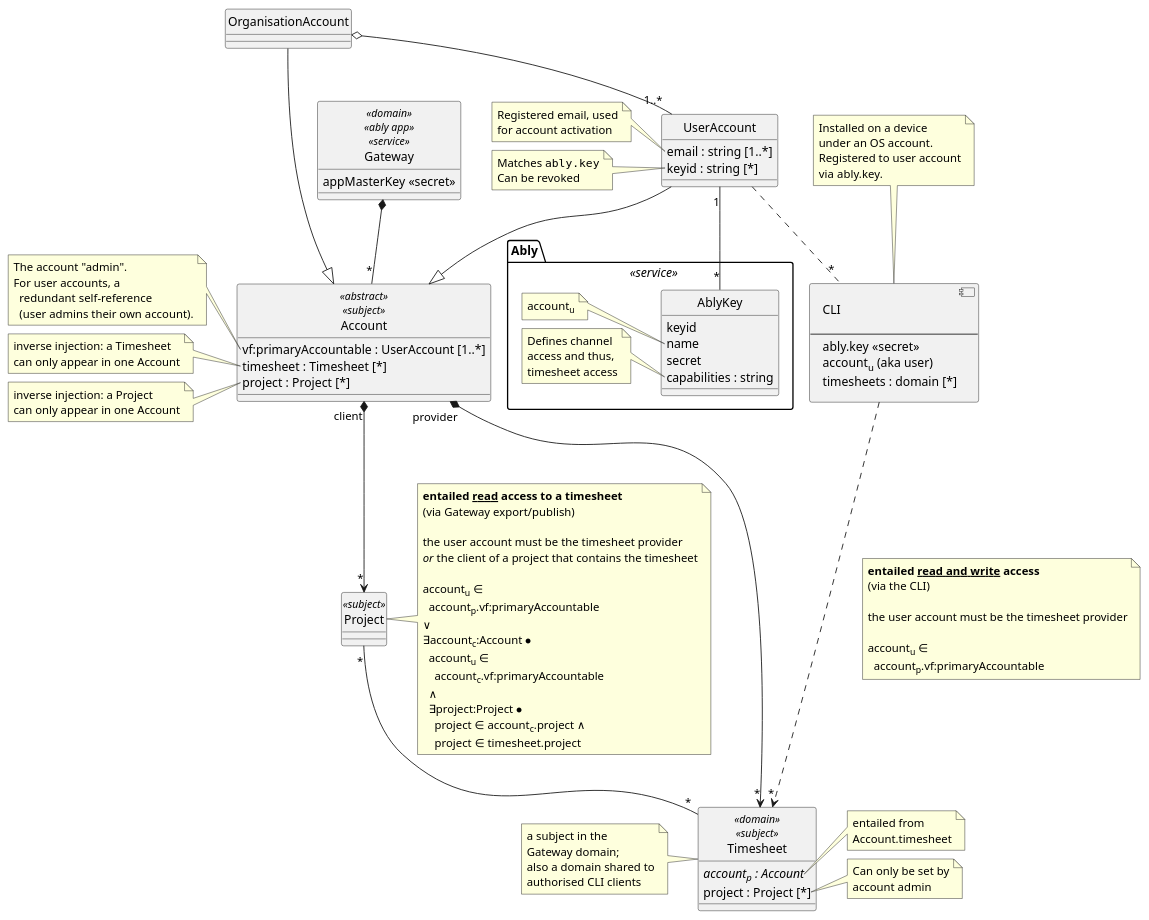
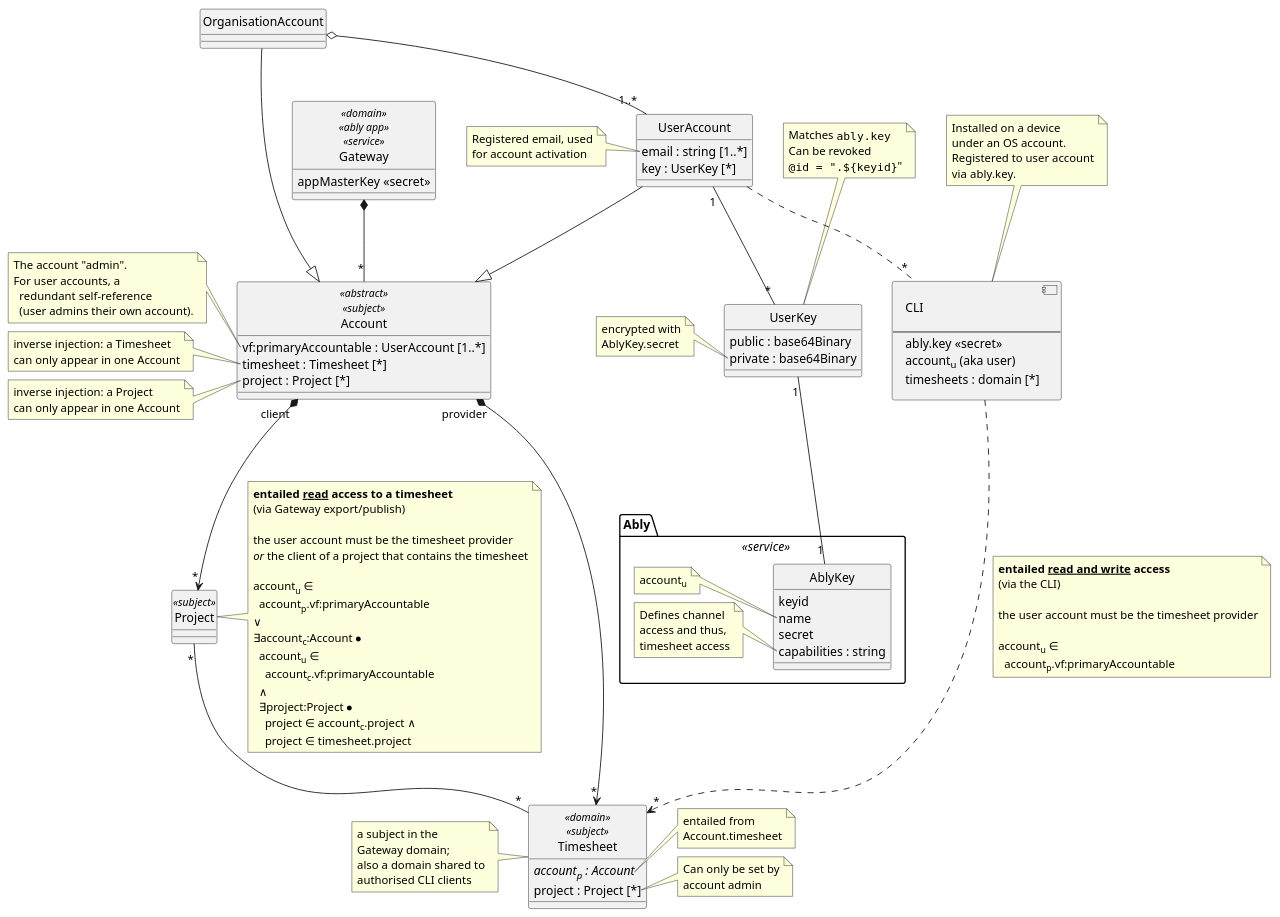
The diagram in architecture/security/accounts.class.puml (m-ld/timeld), drawn with PlantUML before and after one commit. The commit also changed 22 other files, not shown here.

Commit message:
m-ld/m-ld-security-spec#3: Added public/private key pair for all users/devices and gateway, plus signing (WIP)

```diff
--- a/architecture/security/accounts.class.puml
+++ b/architecture/security/accounts.class.puml
@@ -1,145 +1,157 @@
 @startuml
 'https://plantuml.com/class-diagram
 
 hide circle
 allowmixing
 
 class Gateway <<domain>> <<ably app>> <<service>> {
   appMasterKey <<secret>>
 }
 
 Gateway *-- "*" Account
 
 class Account <<abstract>> <<subject>> {
   vf:primaryAccountable : UserAccount [1..*]
   timesheet : Timesheet [*]
   project : Project [*]
 }
 note left of Account::vf:primaryAccountable
   The account "admin".
   For user accounts, a
     redundant self-reference
     (user admins their own account).
 end note
 note left of Account::timesheet
   inverse injection: a Timesheet
   can only appear in one Account
 end note
 note left of Account::project
   inverse injection: a Project
   can only appear in one Account
 end note
 
 Account "provider" *--> "*" Timesheet
 
 Account "client" *--> "*" Project
 
 class UserAccount {
   email : string [1..*]
-  keyid : string [*]
+  key : UserKey [*]
 }
 note left of UserAccount::email
   Registered email, used
   for account activation
-end note
-note left of UserAccount::keyid
-  Matches ""ably.key""
-  Can be revoked
 end note
 UserAccount --|> Account
 
 class OrganisationAccount {
 }
 OrganisationAccount --|> Account
 OrganisationAccount o-- "1..*" UserAccount
 
 class Timesheet <<domain>> <<subject>> {
   //account<sub>p</sub> : Account//
   project : Project [*]
 }
 note left of Timesheet
   a subject in the
   Gateway domain;
   also a domain shared to
   authorised CLI clients
 end note
 note right of Timesheet::account
   entailed from
   Account.timesheet
 end note
 note right of Timesheet::project
   Can only be set by
   account admin
 end note
 
 class Project <<subject>> {
 }
 note right of Project
   **entailed __read__ access to a timesheet**
   (via Gateway export/publish)
 
   the user account must be the timesheet provider
   //or// the client of a project that contains the timesheet
 
   account<sub>u</sub> ∈
     account<sub>p</sub>.vf:primaryAccountable
   ∨
   ∃account<sub>c</sub>:Account ⦁
     account<sub>u</sub> ∈
       account<sub>c</sub>.vf:primaryAccountable
     ∧
     ∃project:Project ⦁
       project ∈ account<sub>c</sub>.project ∧
       project ∈ timesheet.project
 end note
 
 Project "*" -- "*" Timesheet
 
 component CLI [
   CLI
 
   ---
   ably.key <<secret>>
   account<sub>u</sub> (aka user)
   timesheets : domain [*]
 ]
 note top of CLI
   Installed on a device
   under an OS account.
   Registered to user account
   via ably.key.
 end note
 
 UserAccount .. "*" CLI
 
 CLI ..> "*" Timesheet
 note bottom on link
   **entailed __read and write__ access**
   (via the CLI)
 
   the user account must be the timesheet provider
 
   account<sub>u</sub> ∈
     account<sub>p</sub>.vf:primaryAccountable
 end note
 
+class UserKey {
+  public : base64Binary
+  private : base64Binary
+}
+note top of UserKey
+  Matches ""ably.key""
+  Can be revoked
+  ""@id = ".${keyid}"""
+end note
+note left of UserKey::private
+  encrypted with
+  AblyKey.secret
+end note
+
+UserAccount "1" -- "*" UserKey
+
 package Ably <<service>> {
   class AblyKey {
     keyid
     name
     secret
     capabilities : string
   }
   note left of AblyKey::name
     account<sub>u</sub>
   end note
   note left of AblyKey::capabilities
     Defines channel
     access and thus,
     timesheet access
   end note
 
-  UserAccount "1" -- "*" AblyKey
+  UserKey "1" -- "1" AblyKey
 }
 
 @enduml
```
